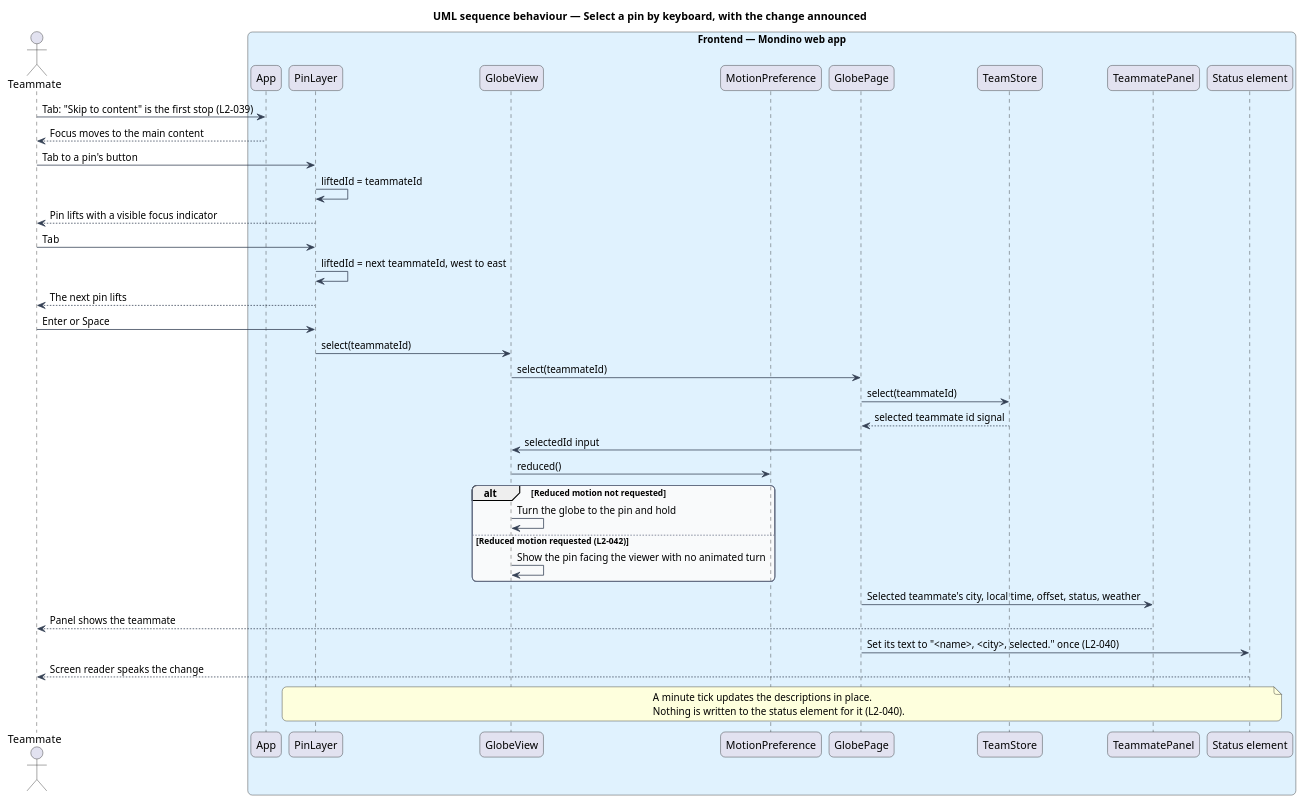
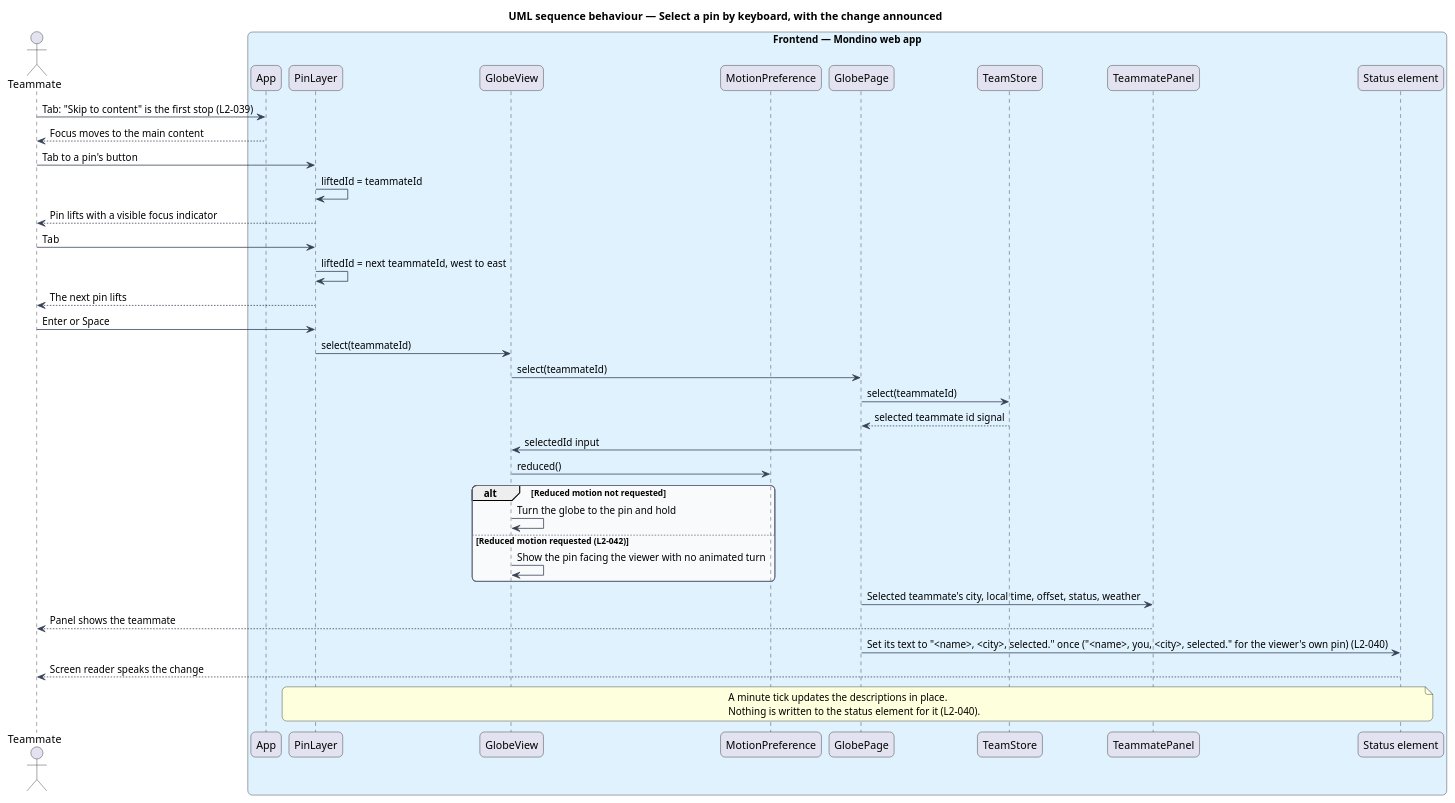
The diagram in docs/detailed-designs/platform/make-accessible/diagrams/sequence-select-pin-by-keyboard.puml (QuinntyneBrown/Mondino), drawn with PlantUML before and after one commit. The commit also changed 11 other files, not shown here.

```diff
--- a/docs/detailed-designs/platform/make-accessible/diagrams/sequence-select-pin-by-keyboard.puml
+++ b/docs/detailed-designs/platform/make-accessible/diagrams/sequence-select-pin-by-keyboard.puml
@@ -1,56 +1,56 @@
 @startuml
 title UML sequence behaviour — Select a pin by keyboard, with the change announced
 skinparam backgroundColor #FFFFFF
 skinparam shadowing false
 skinparam roundcorner 12
 skinparam defaultFontName Arial
 skinparam ArrowColor #344054
 skinparam rectangle {
   BorderColor #344054
   FontColor #101828
 }
 skinparam package {
   BorderColor #667085
   FontColor #101828
   BackgroundColor #F9FAFB
 }
 actor "Teammate" as actor
 box "Frontend — Mondino web app" #E0F2FE
   participant "App" as shell
   participant "PinLayer" as layer
   participant "GlobeView" as view
   participant "MotionPreference" as motion
   participant "GlobePage" as page
   participant "TeamStore" as store
   participant "TeammatePanel" as panel
   participant "Status element" as announcer
 end box
 actor -> shell : Tab: "Skip to content" is the first stop (L2-039)
 shell --> actor : Focus moves to the main content
 actor -> layer : Tab to a pin's button
 layer -> layer : liftedId = teammateId
 layer --> actor : Pin lifts with a visible focus indicator
 actor -> layer : Tab
 layer -> layer : liftedId = next teammateId, west to east
 layer --> actor : The next pin lifts
 actor -> layer : Enter or Space
 layer -> view : select(teammateId)
 view -> page : select(teammateId)
 page -> store : select(teammateId)
 store --> page : selected teammate id signal
 page -> view : selectedId input
 view -> motion : reduced()
 alt Reduced motion not requested
   view -> view : Turn the globe to the pin and hold
 else Reduced motion requested (L2-042)
   view -> view : Show the pin facing the viewer with no animated turn
 end
 page -> panel : Selected teammate's city, local time, offset, status, weather
 panel --> actor : Panel shows the teammate
-page -> announcer : Set its text to "<name>, <city>, selected." once (L2-040)
+page -> announcer : Set its text to "<name>, <city>, selected." once ("<name>, you, <city>, selected." for the viewer's own pin) (L2-040)
 announcer --> actor : Screen reader speaks the change
 note over layer, announcer
   A minute tick updates the descriptions in place.
   Nothing is written to the status element for it (L2-040).
 end note
 @enduml
```
